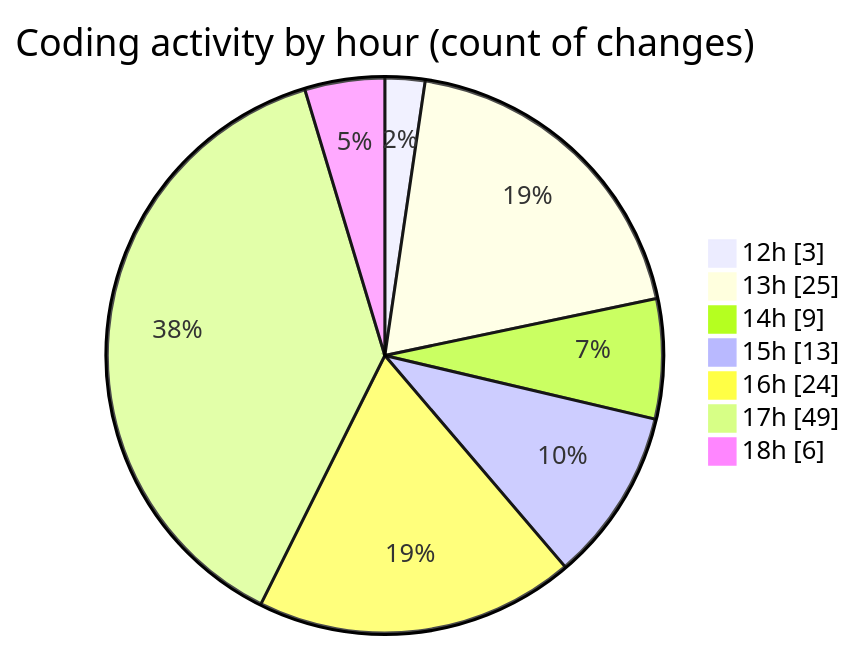
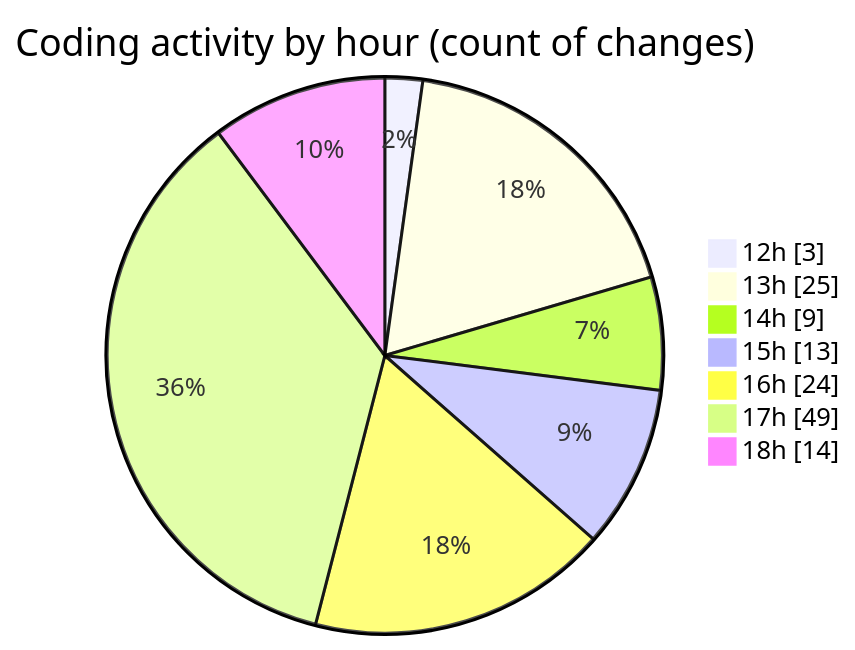
The second of 2 diagrams in 2025-09-26/nxtqube_webapp/README.md (nxtqubesakshisongat/code-tracking), drawn with Mermaid before and after one commit. The commit also changed other lines of this file and 1 other file, not shown here.

````diff
--- a/2025-09-26/nxtqube_webapp/README.md
+++ b/2025-09-26/nxtqube_webapp/README.md
@@ -36,11 +36,11 @@
 ```mermaid
 pie showData
 title Coding activity by hour (count of changes)
 "12h" : 3
 "13h" : 25
 "14h" : 9
 "15h" : 13
 "16h" : 24
 "17h" : 49
-"18h" : 6
+"18h" : 14
 ```
````
